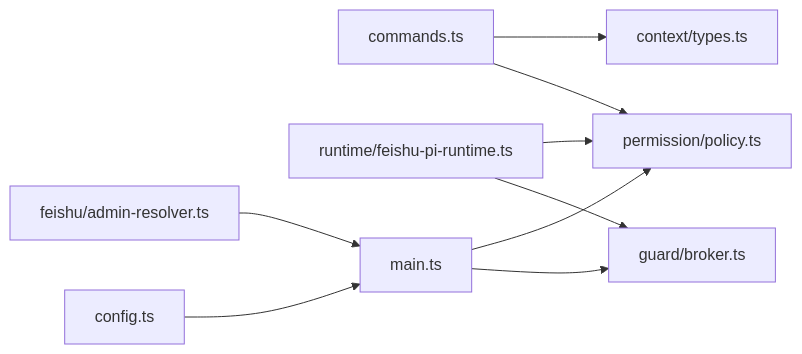
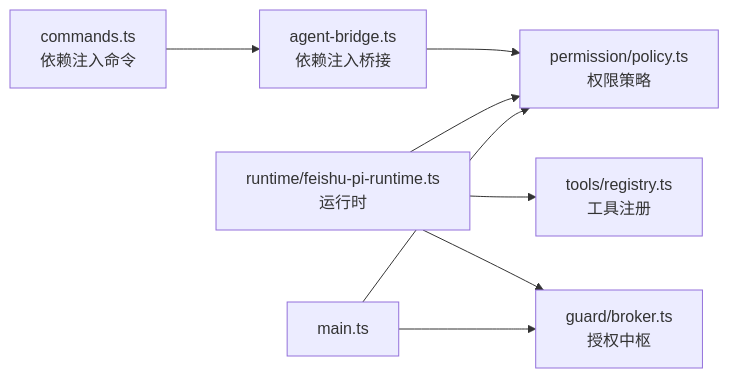
One commit to HeXiaoShu520/feishu-pi changed the eighth of 8 diagrams in .qoder/repowiki/zh/content/权限控制系统/命令权限控制.md. Above: the diagram before and after it, drawn with Mermaid. The commit also changed other lines of this file and 47 other files, not shown here.

````diff
--- a/.qoder/repowiki/zh/content/权限控制系统/命令权限控制.md
+++ b/.qoder/repowiki/zh/content/权限控制系统/命令权限控制.md
@@ -314,11 +408,10 @@
 ```mermaid
 graph LR
-CMD["commands.ts"] --> CTX["context/types.ts"]
-CMD --> POL["permission/policy.ts"]
-RT["runtime/feishu-pi-runtime.ts"] --> POL
-RT --> BRK["guard/broker.ts"]
+CMD["commands.ts<br/>依赖注入命令"] --> BRG["agent-bridge.ts<br/>依赖注入桥接"]
+BRG --> POL["permission/policy.ts<br/>权限策略"]
+RT["runtime/feishu-pi-runtime.ts<br/>运行时"] --> POL
+RT --> REG["tools/registry.ts<br/>工具注册"]
+RT --> BRK["guard/broker.ts<br/>授权中枢"]
 MAIN["main.ts"] --> POL
 MAIN --> BRK
-ADMIN["feishu/admin-resolver.ts"] --> MAIN
-CFG["config.ts"] --> MAIN
 ```
````
